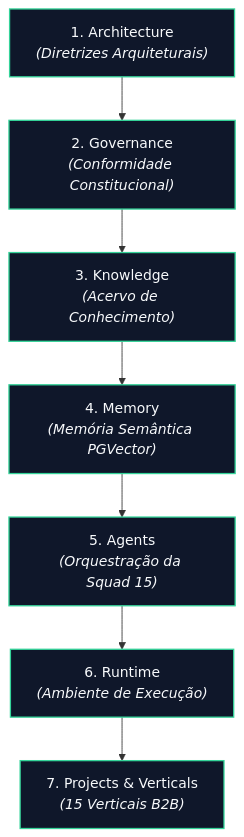
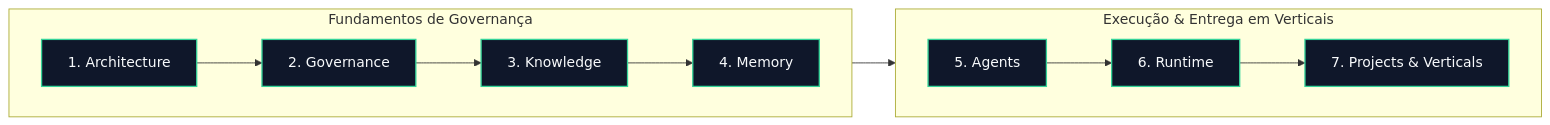
Before and after one commit to EnterDufter/PromptCoreLabs_AEOS: the second of 5 diagrams in governance/operating-model.md, drawn with Mermaid. The commit also changed other lines of this file and 1 other file, not shown here.

Commit message:
fix(standardization): padroniza proporcao visual e tamanho de fontes de 100% dos diagramas (4-5 nos/linha, max-height 280px no PDF)

````diff
--- a/governance/operating-model.md
+++ b/governance/operating-model.md
@@ -70,11 +74,15 @@
 ```mermaid
-graph TD
+graph LR
     classDef cap fill:#0f172a,stroke:#34d399,stroke-width:1.5px,color:#f8fafc;
 
-    C1["1. Architecture<br/><i>(Diretrizes Arquiteturais)</i>"]:::cap --> C2["2. Governance<br/><i>(Conformidade Constitucional)</i>"]:::cap
-    C2 --> C3["3. Knowledge<br/><i>(Acervo de Conhecimento)</i>"]:::cap
-    C3 --> C4["4. Memory<br/><i>(Memória Semântica PGVector)</i>"]:::cap
-    C4 --> C5["5. Agents<br/><i>(Orquestração da Squad 15)</i>"]:::cap
-    C5 --> C6["6. Runtime<br/><i>(Ambiente de Execução)</i>"]:::cap
-    C6 --> C7["7. Projects & Verticals<br/><i>(15 Verticais B2B)</i>"]:::cap
+    subgraph C_Top["Fundamentos de Governança"]
+        direction LR
+        C1["1. Architecture"]:::cap --> C2["2. Governance"]:::cap --> C3["3. Knowledge"]:::cap --> C4["4. Memory"]:::cap
+    end
+    subgraph C_Bot["Execução & Entrega em Verticais"]
+        direction LR
+        C5["5. Agents"]:::cap --> C6["6. Runtime"]:::cap --> C7["7. Projects & Verticals"]:::cap
+    end
+
+    C_Top --> C_Bot
 ```
````
